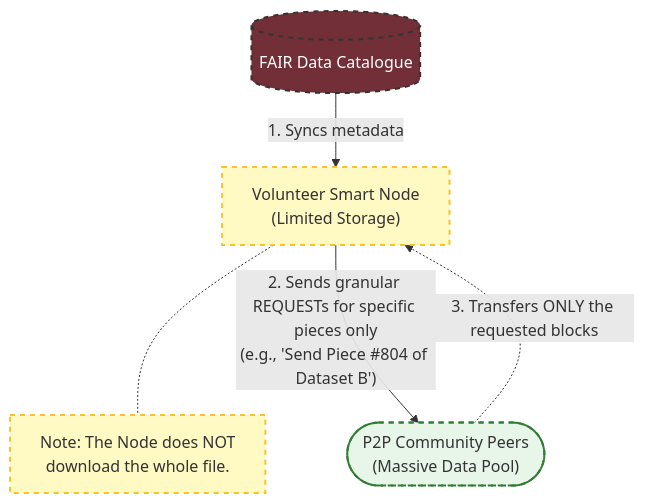
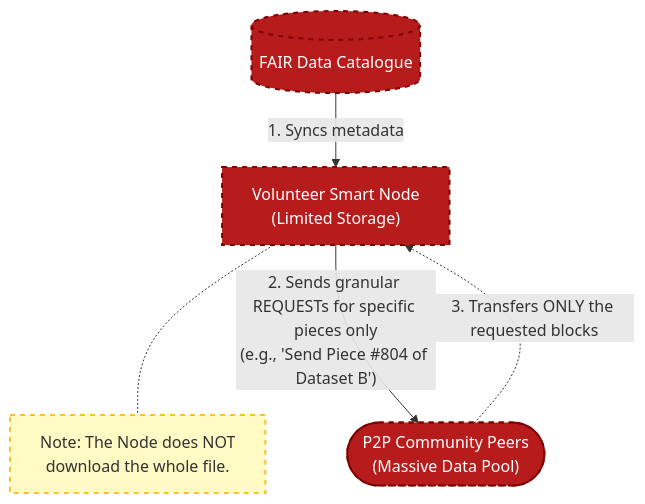
One commit to dataforcanada/www.dataforcanada.org changed the second of 2 diagrams in content/docs/dissemination/_index.md. Above: the diagram before and after it, drawn with Mermaid.

Commit message:
Standardize colors used with data dissemination strategy

````diff
--- a/content/docs/dissemination/_index.md
+++ b/content/docs/dissemination/_index.md
@@ -142,26 +142,25 @@
 ```mermaid
 graph TD
     Catalogue[("FAIR Data Catalogue")]
     SmartNode["Volunteer Smart Node<br/>(Limited Storage)"]
-    BTNetwork(["P2P Community Peers<br/>(Massive Data Pool)"])
+    P2PNetwork(["P2P Community Peers<br/>(Massive Data Pool)"])
 
     Catalogue -->|"1. Syncs metadata"| SmartNode
     
     note["Note: The Node does NOT<br/>download the whole file."]
     SmartNode -.- note
 
-    SmartNode -->|"2. Sends granular REQUESTs for specific pieces only<br/>(e.g., 'Send Piece #804 of Dataset B')"| BTNetwork
+    SmartNode -->|"2. Sends granular REQUESTs for specific pieces only<br/>(e.g., 'Send Piece #804 of Dataset B')"| P2PNetwork
     
-    BTNetwork -.->|"3. Transfers ONLY the requested blocks"| SmartNode
+    P2PNetwork -.->|"3. Transfers ONLY the requested blocks"| SmartNode
 
-    classDef central fill:#722F37,stroke:#333,stroke-width:2px,color:#fff; 
     classDef node fill:#fff9c4,stroke:#fbc02d,stroke-width:2px,stroke-dasharray: 5 5;
     classDef network fill:#e8f5e9,stroke:#2e7d32,stroke-width:2px;
     
-    class Catalogue central;
-    class SmartNode node;
-    class BTNetwork network;
+    style Catalogue fill:#B71C1C,stroke:#7F0000,color:#FFFFFF
+    style P2PNetwork fill:#B71C1C,stroke:#7F0000,color:#FFFFFF
+    style SmartNode fill:#B71C1C,stroke:#7F0000,color:#FFFFFF
 
     click Catalogue "https://stac-utils.github.io/stac-geoparquet/latest/spec/stac-geoparquet-spec/";
     click SmartNode "https://www.dataforcanada.org/infrastructure/";
 ```
````
